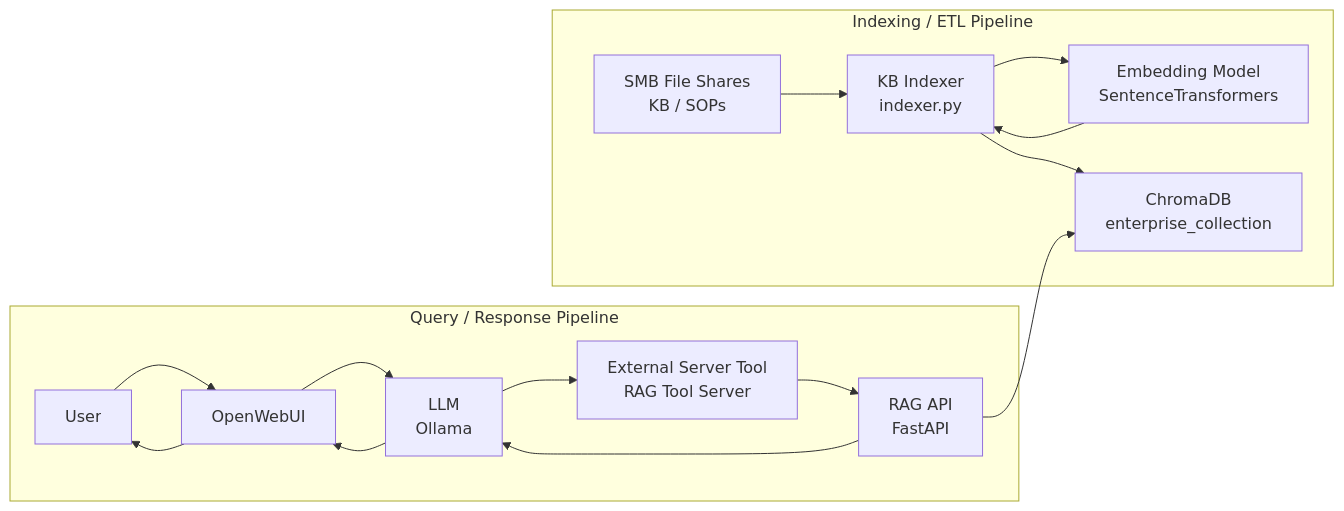
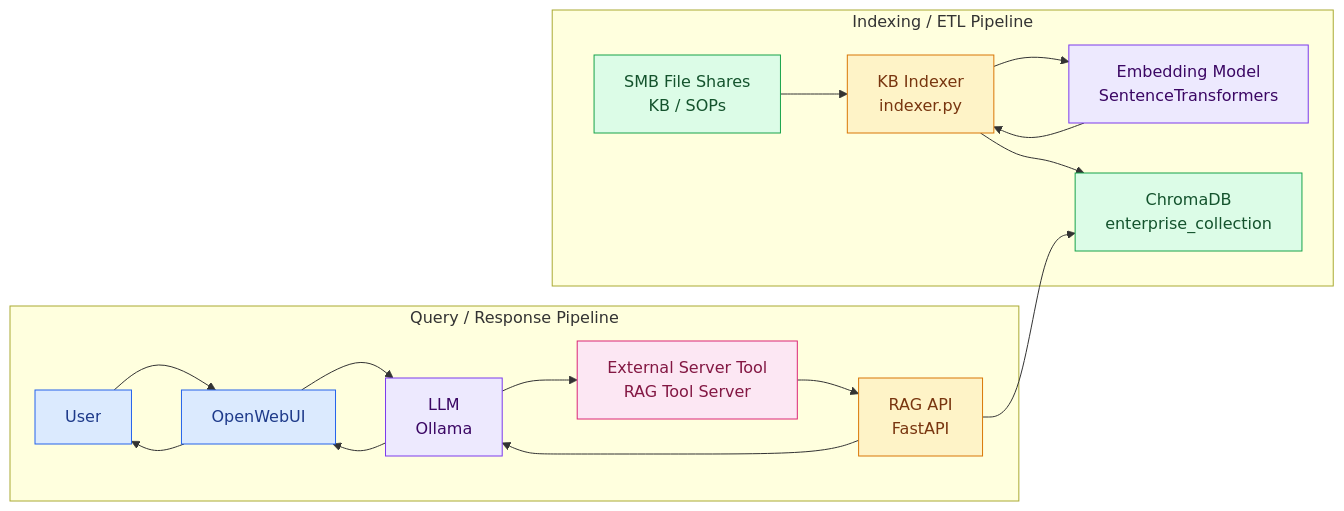
One commit to Dv-beep/AI-POC-RAG-Design changed the first of 3 diagrams in docs/architecture/rag-sequence-diagram.md. Above: the diagram before and after it, drawn with Mermaid. The commit also changed other lines of this file and 1 other file, not shown here.

Commit message:
Enhance Mermaid diagrams with class definitions for improved visualization and clarity

````diff
--- a/docs/architecture/rag-sequence-diagram.md
+++ b/docs/architecture/rag-sequence-diagram.md
@@ -12,31 +12,43 @@
 ```mermaid
 flowchart LR
     subgraph Indexing["Indexing / ETL Pipeline"]
         FS["SMB File Shares<br/>KB / SOPs"]
         IDX["KB Indexer<br/>indexer.py"]
         EMB["Embedding Model<br/>SentenceTransformers"]
         C["ChromaDB<br/>enterprise_collection"]
 
         FS --> IDX
         IDX --> EMB
         EMB --> IDX
         IDX --> C
     end
 
     subgraph Query["Query / Response Pipeline"]
         U["User"]
         W["OpenWebUI"]
         L["LLM<br/>Ollama"]
         T["External Server Tool<br/>RAG Tool Server"]
         R["RAG API<br/>FastAPI"]
 
         U --> W
         W --> L
         L --> T
         T --> R
         R --> C
         R --> L
         L --> W
         W --> U
     end
+
+    classDef user fill:#dbeafe,stroke:#2563eb,color:#1e3a8a
+    classDef service fill:#fef3c7,stroke:#d97706,color:#78350f
+    classDef model fill:#ede9fe,stroke:#7c3aed,color:#3b0764
+    classDef storage fill:#dcfce7,stroke:#16a34a,color:#14532d
+    classDef tool fill:#fce7f3,stroke:#db2777,color:#831843
+
+    class U,W user
+    class IDX,R service
+    class EMB,L model
+    class FS,C storage
+    class T tool
 ```
````
